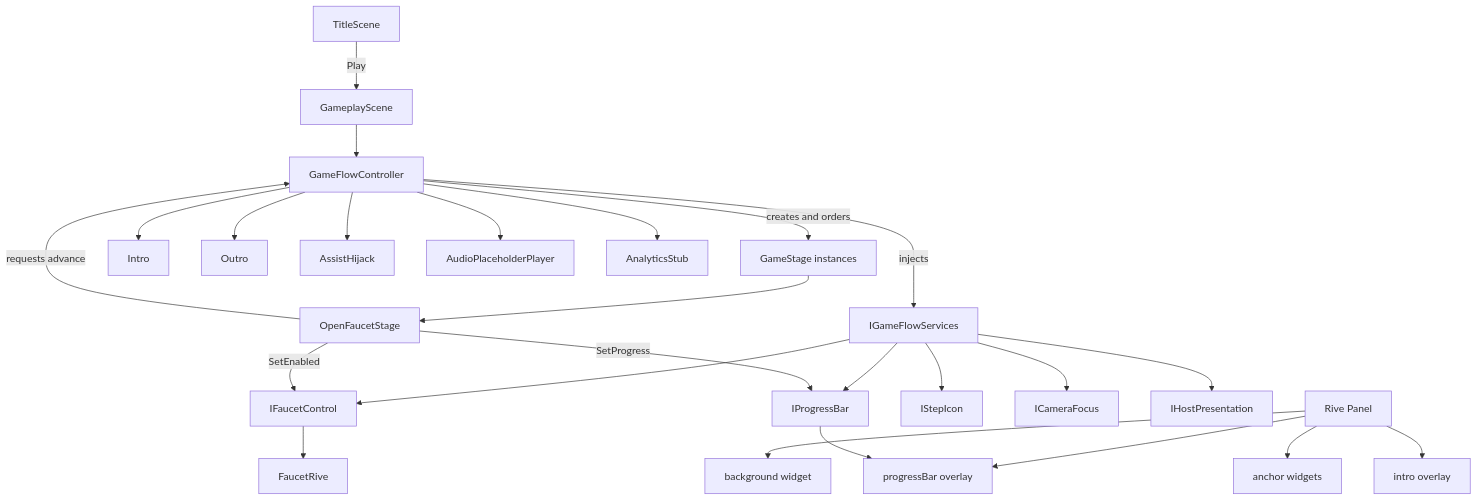
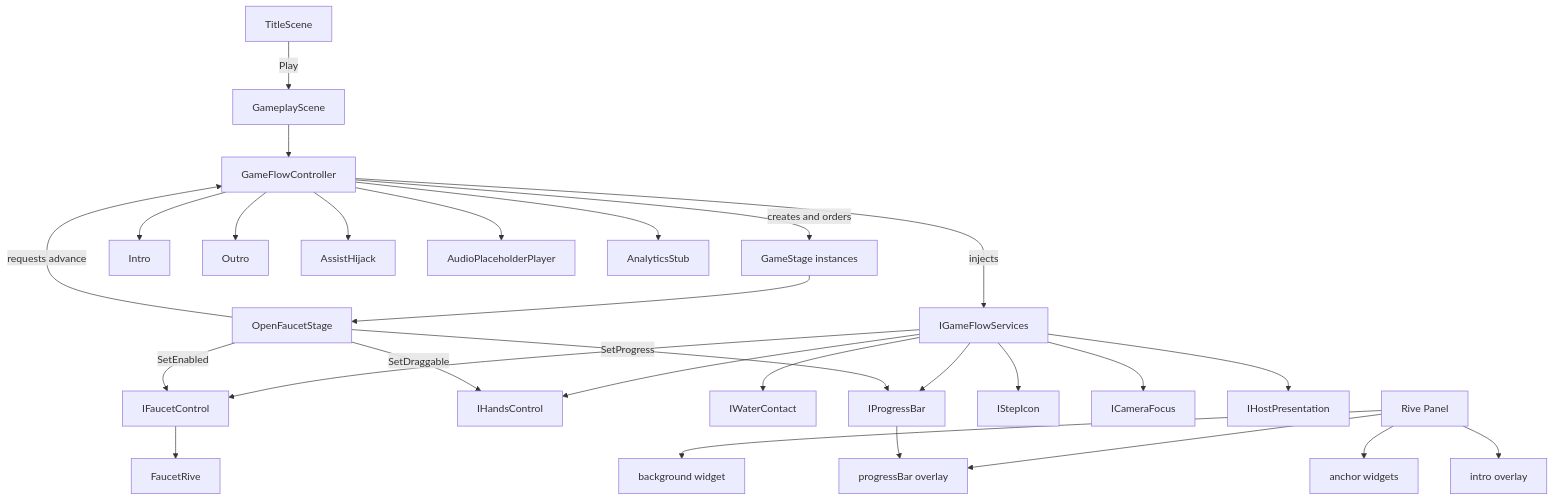
The diagram in docs/inception/tech/TAD-v3.md (Alcal/protosimi), drawn with Mermaid before and after one commit. The commit also changed other lines of this file and 18 other files, not shown here.

First line of the commit message:
Integrate Hands functionality into gameplay flow and enhance OpenFaucetStage behavior

````diff
--- a/docs/inception/tech/TAD-v3.md
+++ b/docs/inception/tech/TAD-v3.md
@@ -26,28 +26,31 @@
 ```mermaid
 flowchart TD
     title[TitleScene] -->|Play| gameplay[GameplayScene]
     gameplay --> flow[GameFlowController]
     flow -->|creates and orders| stages[GameStage instances]
     flow -->|injects| services[IGameFlowServices]
     services --> faucet[IFaucetControl]
+    services --> hands[IHandsControl]
+    services --> water[IWaterContact]
     services --> progress[IProgressBar]
     services --> icon[IStepIcon]
     services --> camera[ICameraFocus]
     services --> host[IHostPresentation]
     stages --> open[OpenFaucetStage]
     open -->|SetEnabled| faucet
+    open -->|SetDraggable| hands
     open -->|SetProgress| progress
     open -->|requests advance| flow
     flow --> introState[Intro]
     flow --> outroState[Outro]
     flow --> assist[AssistHijack]
     flow --> audio[AudioPlaceholderPlayer]
     flow --> analytics[AnalyticsStub]
     panel[Rive Panel]
     panel --> bg[background widget]
     panel --> comps[anchor widgets]
     panel --> bar[progressBar overlay]
     panel --> intro[intro overlay]
     faucet --> faucetW[FaucetRive]
     progress --> bar
 ```
````
